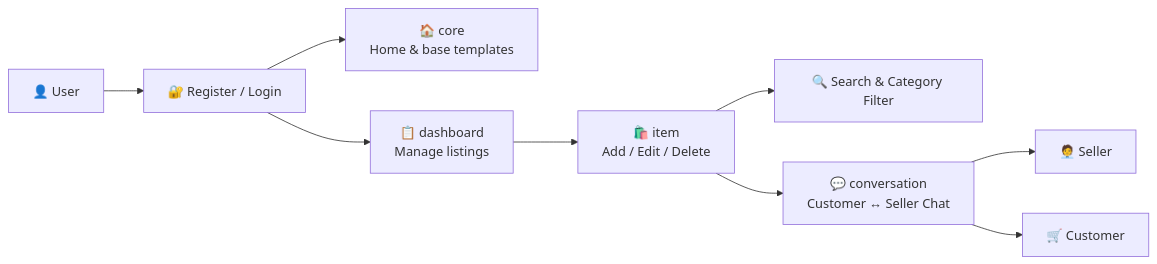
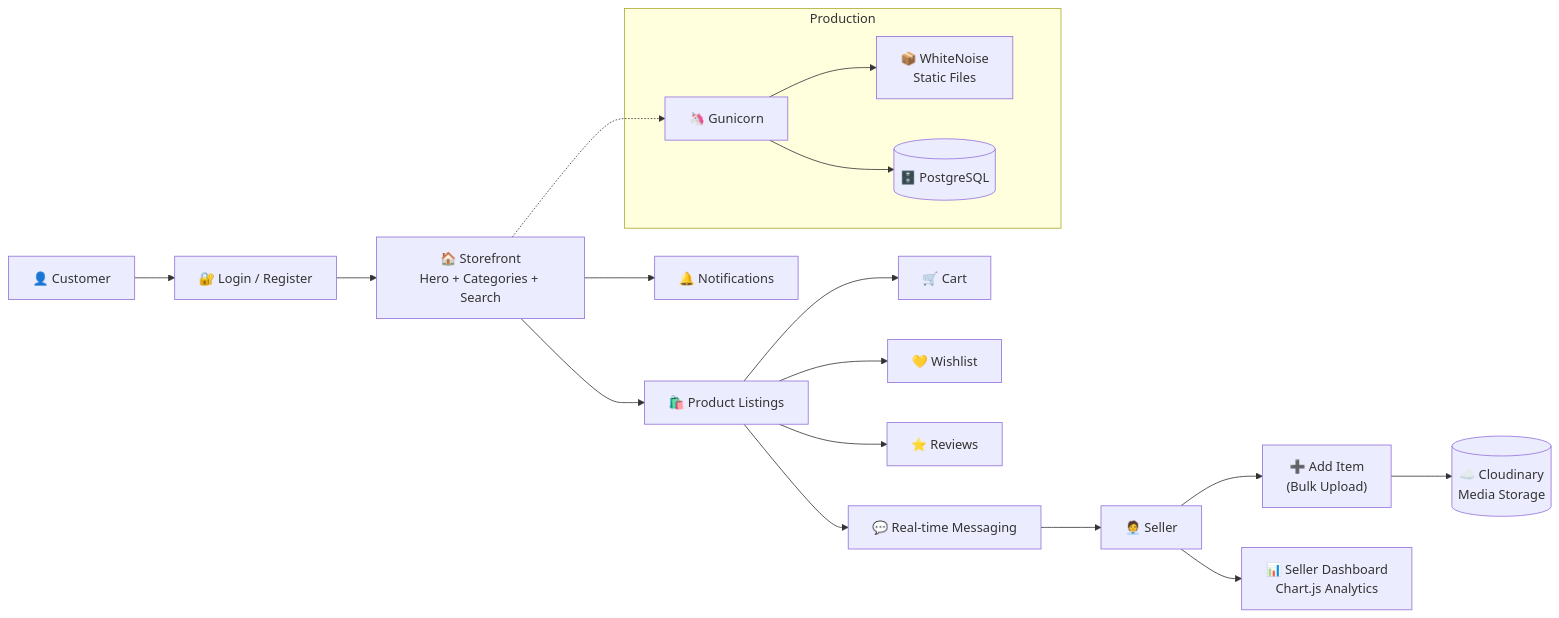
One commit to nawabsakib5/Ecommerce changed the diagram in README.md. Above: the diagram before and after it, drawn with Mermaid. The commit also changed other lines of this file, not shown here.

````diff
--- a/README.md
+++ b/README.md
@@ -77,11 +97,20 @@
 ```mermaid
 flowchart LR
-    U["👤 User"] --> Auth["🔐 Register / Login"]
-    Auth --> Core["🏠 core\nHome & base templates"]
-    Auth --> Dash["📋 dashboard\nManage listings"]
-    Dash --> Item["🛍️ item\nAdd / Edit / Delete"]
-    Item --> Search["🔍 Search & Category Filter"]
-    Item --> Conv["💬 conversation\nCustomer ↔ Seller Chat"]
-    Conv --> Seller["🧑‍💼 Seller"]
-    Conv --> Buyer["🛒 Customer"]
+    U["👤 Customer"] --> Auth["🔐 Login / Register"]
+    Auth --> Home["🏠 Storefront\nHero + Categories + Search"]
+    Home --> Item["🛍️ Product Listings"]
+    Item --> Cart["🛒 Cart"]
+    Item --> Wish["💛 Wishlist"]
+    Item --> Rev["⭐ Reviews"]
+    Item --> Conv["💬 Real-time Messaging"]
+    S["🧑‍💼 Seller"] --> Add["➕ Add Item\n(Bulk Upload)"]
+    Add --> Cloud[("☁️ Cloudinary\nMedia Storage")]
+    S --> Dash["📊 Seller Dashboard\nChart.js Analytics"]
+    Conv --> S
+    Home --> Notif["🔔 Notifications"]
+    subgraph Deploy["Production"]
+        Gun["🦄 Gunicorn"] --> WN["📦 WhiteNoise\nStatic Files"]
+        Gun --> DB[("🗄️ PostgreSQL")]
+    end
+    Home -.-> Gun
 ```
````
